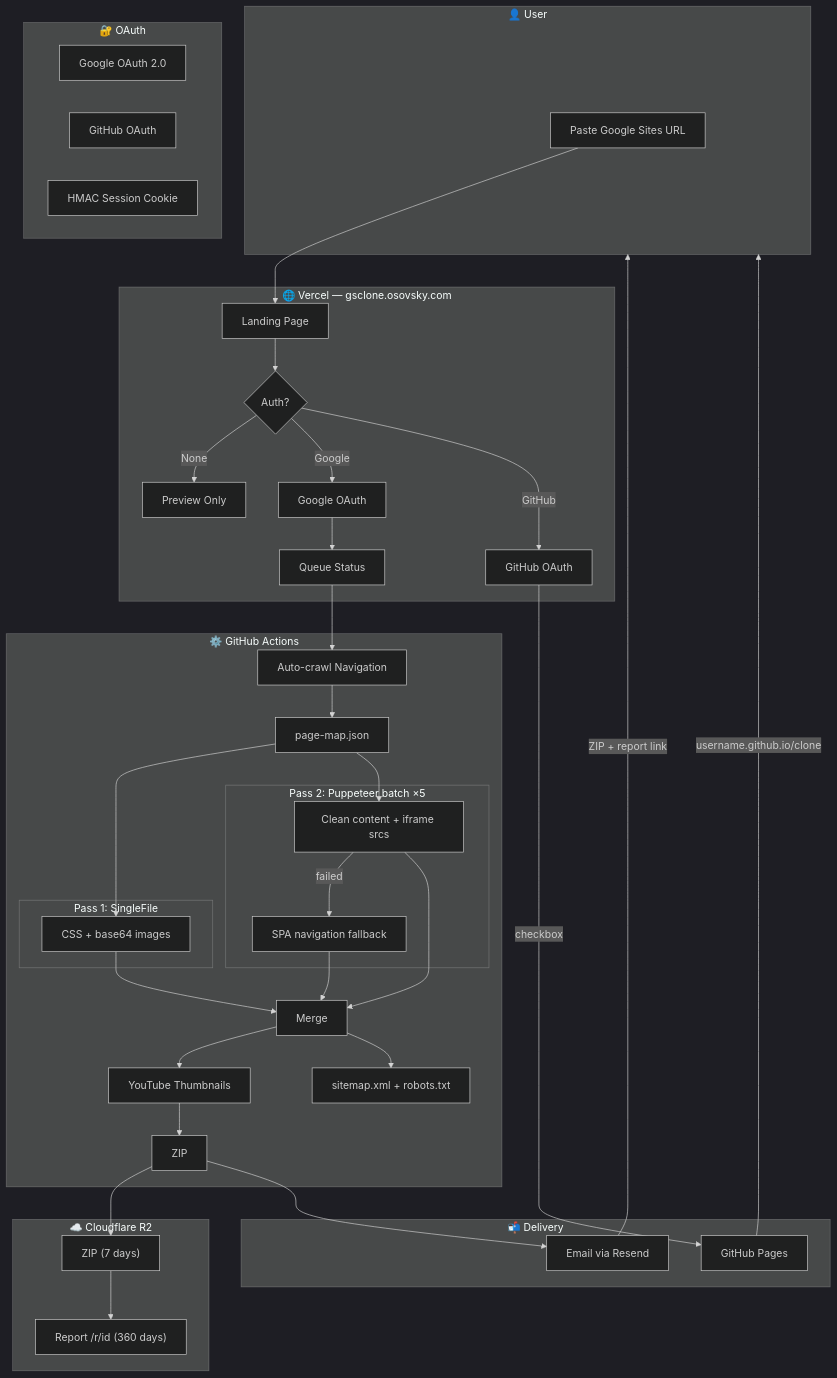
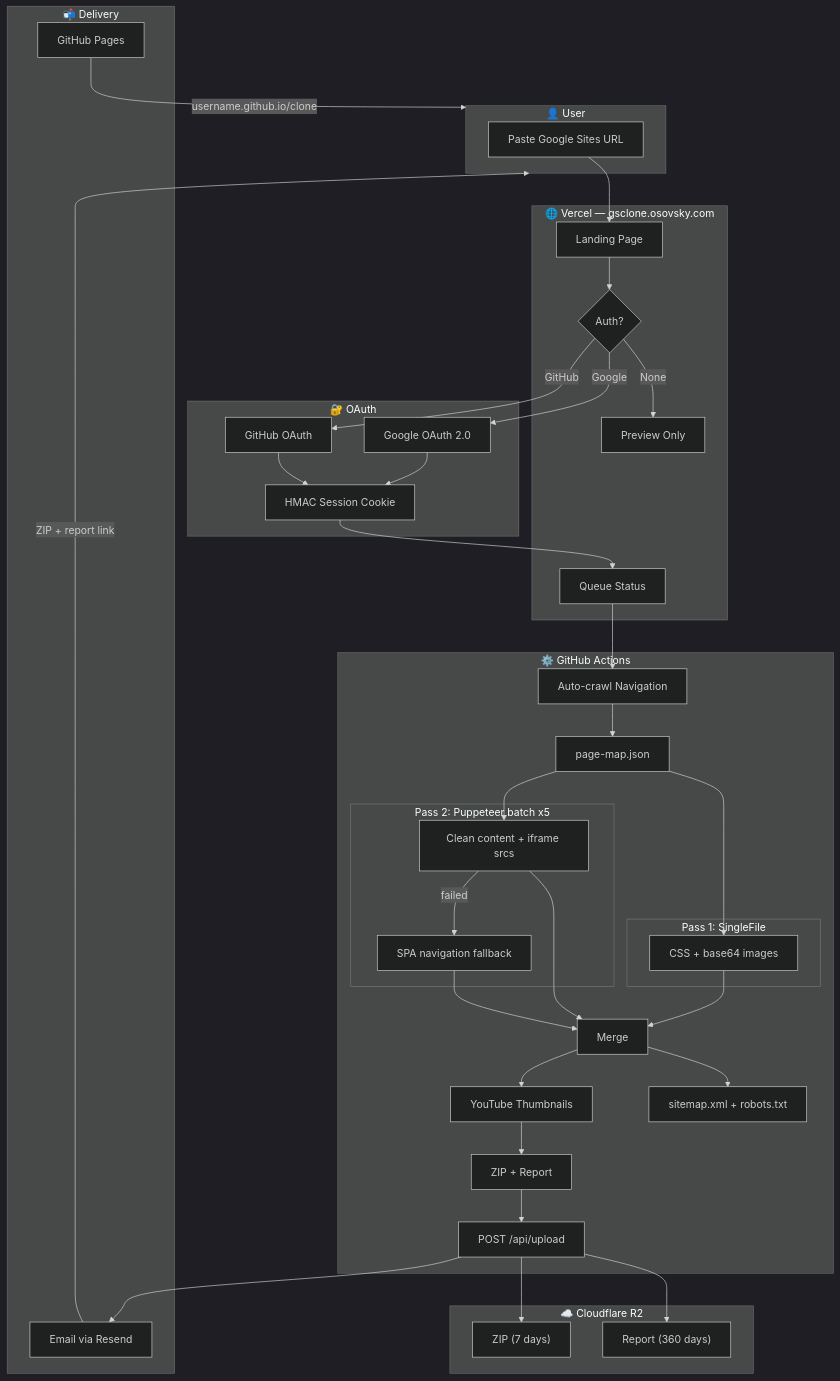
One commit to maximosovsky/google-sites-clone changed the fourth of 4 diagrams in ARCHITECTURE.md. Above: the diagram before and after it, drawn with Mermaid (dark theme). The commit also changed other lines of this file and 2 other files, not shown here.

Commit message:
docs: update architecture, manual, readme for Phase 5 SaaS

````diff
--- a/ARCHITECTURE.md
+++ b/ARCHITECTURE.md
@@ -167,73 +167,74 @@
 ```mermaid
 flowchart TB
     subgraph USER["👤 User"]
         A["Paste Google Sites URL"]
     end
 
+    subgraph AUTH["🔐 OAuth"]
+        GA["Google OAuth 2.0"]
+        GHA["GitHub OAuth"]
+        SESS["HMAC Session Cookie"]
+    end
+
     subgraph FRONTEND["🌐 Vercel — gsclone.osovsky.com"]
         B["Landing Page"]
         C{"Auth?"}
         D["Preview Only"]
-        E["Google OAuth"]
-        F["GitHub OAuth"]
         Q["Queue Status"]
     end
 
     subgraph BACKEND["⚙️ GitHub Actions"]
         G["Auto-crawl Navigation"]
         H["page-map.json"]
 
         subgraph PASS1["Pass 1: SingleFile"]
             I["CSS + base64 images"]
         end
 
-        subgraph PASS2["Pass 2: Puppeteer batch ×5"]
+        subgraph PASS2["Pass 2: Puppeteer batch x5"]
             J["Clean content + iframe srcs"]
             J2["SPA navigation fallback"]
         end
 
         K["Merge"]
         L["YouTube Thumbnails"]
         M["sitemap.xml + robots.txt"]
-        N["ZIP"]
+        N["ZIP + Report"]
+        WH["POST /api/upload"]
     end
 
     subgraph STORAGE["☁️ Cloudflare R2"]
         O["ZIP (7 days)"]
-        P["Report /r/id (360 days)"]
+        P["Report (360 days)"]
     end
 
     subgraph DELIVERY["📬 Delivery"]
         R["Email via Resend"]
         S["GitHub Pages"]
     end
 
-    subgraph AUTH["🔐 OAuth"]
-        GA["Google OAuth 2.0"]
-        GHA["GitHub OAuth"]
-        SESS["HMAC Session Cookie"]
-    end
-
     A --> B
     B --> C
     C -->|None| D
-    C -->|Google| E --> Q --> G
-    C -->|GitHub| F
+    C -->|Google| GA --> SESS --> Q
+    C -->|GitHub| GHA --> SESS
 
+    Q --> G
     G --> H
     H --> I
     H --> J
     J -->|failed| J2
     I --> K
     J --> K
     J2 --> K
     K --> L --> N
     K --> M
 
-    N --> O --> P
-    N --> R
+    N --> WH
+    WH --> O
+    WH --> P
+    WH --> R
 
-    F -->|checkbox| S
     R -->|"ZIP + report link"| USER
     S -->|"username.github.io/clone"| USER
 ```
````
